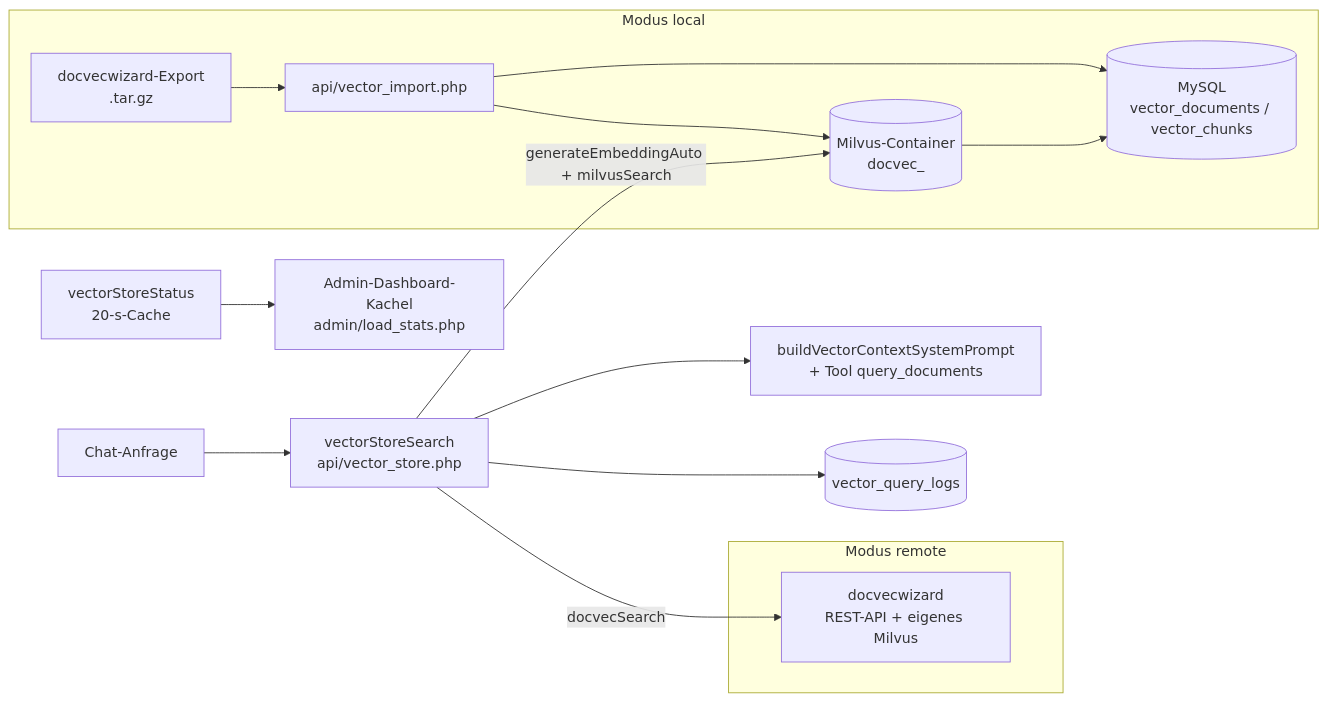
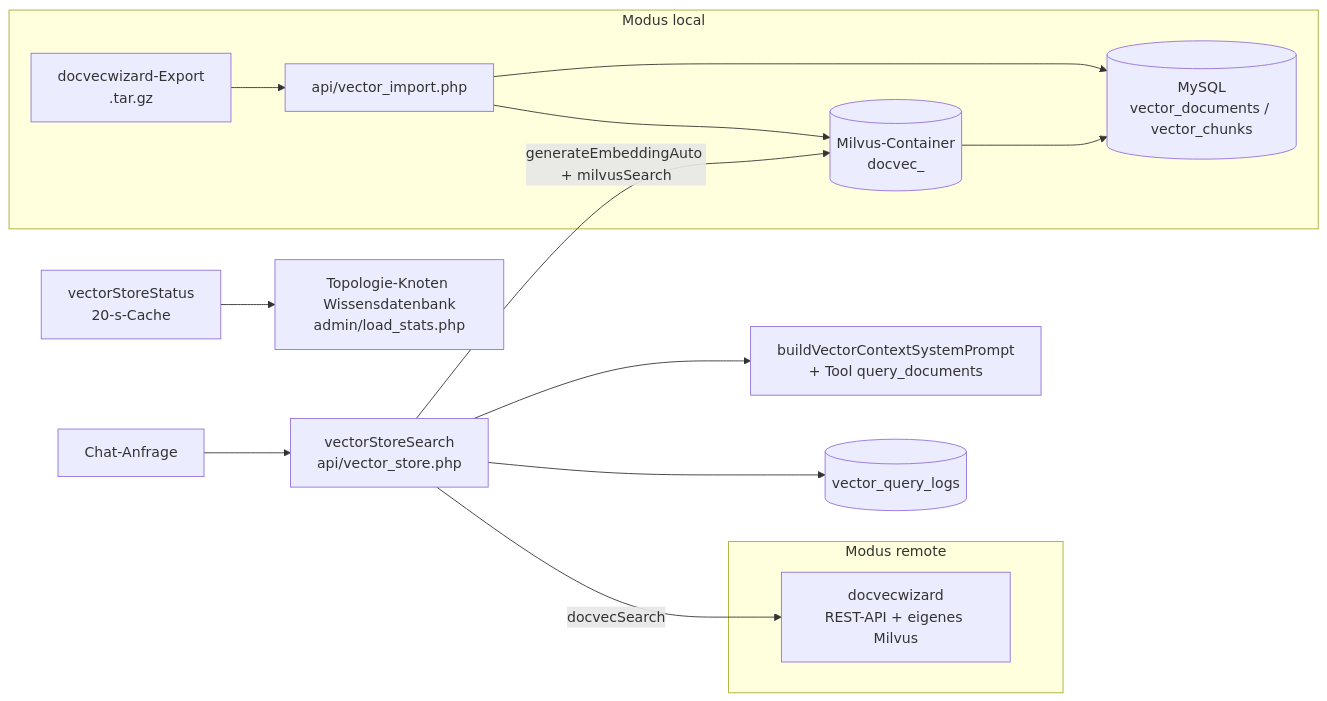
The fifth of 5 diagrams in docs/architecture.md (dareinelt/LLMInt), drawn with Mermaid before and after one commit. The commit also changed other lines of this file and 16 other files, not shown here.

````diff
--- a/docs/architecture.md
+++ b/docs/architecture.md
@@ -373,18 +373,18 @@
 ```mermaid
 flowchart LR
     subgraph Remote[Modus remote]
         DVW[docvecwizard\nREST-API + eigenes Milvus]
     end
     subgraph Local[Modus local]
         EXP[docvecwizard-Export\n.tar.gz] --> IMP[api/vector_import.php]
         IMP --> MV[(Milvus-Container\ndocvec_<modell>)]
         IMP --> MY[(MySQL\nvector_documents / vector_chunks)]
     end
     Q[Chat-Anfrage] --> VS[vectorStoreSearch\napi/vector_store.php]
     VS -->|docvecSearch| DVW
     VS -->|generateEmbeddingAuto + milvusSearch| MV
     MV --> MY
     VS --> CTX[buildVectorContextSystemPrompt\n+ Tool query_documents]
     VS --> LOG[(vector_query_logs)]
-    ST[vectorStoreStatus\n20-s-Cache] --> DB[Admin-Dashboard-Kachel\nadmin/load_stats.php]
+    ST[vectorStoreStatus\n20-s-Cache] --> DB[Topologie-Knoten Wissensdatenbank\nadmin/load_stats.php]
 ```
````
